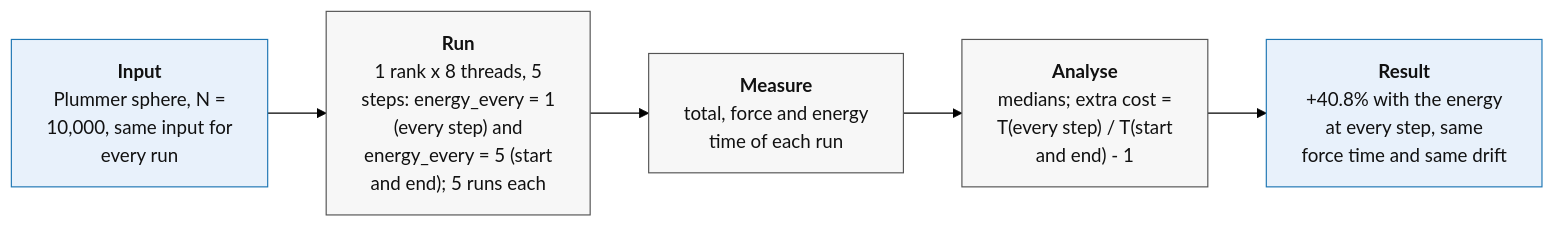
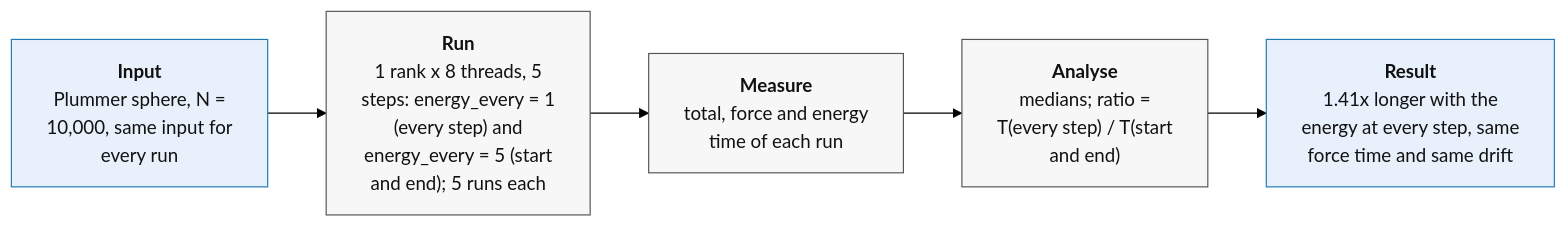
The second of 16 diagrams in Nbody_serial/FINAL_REPORT.md (emmadariol/HPC_exam), drawn with Mermaid (forest theme) before and after one commit. The commit also changed other lines of this file, not shown here.

````diff
--- a/Nbody_serial/FINAL_REPORT.md
+++ b/Nbody_serial/FINAL_REPORT.md
@@ -223,13 +223,13 @@
 ```mermaid
 flowchart LR
   A["<b>Input</b><br/>Plummer sphere, N =<br/>10,000, same input for<br/>every run"]
   B["<b>Run</b><br/>1 rank x 8 threads, 5<br/>steps: energy_every = 1<br/>(every step) and<br/>energy_every = 5 (start<br/>and end); 5 runs each"]
   C["<b>Measure</b><br/>total, force and energy<br/>time of each run"]
-  D["<b>Analyse</b><br/>medians; extra cost =<br/>T(every step) / T(start<br/>and end) - 1"]
-  E["<b>Result</b><br/>+40.8% with the energy<br/>at every step, same<br/>force time and same drift"]
+  D["<b>Analyse</b><br/>medians; ratio =<br/>T(every step) / T(start<br/>and end)"]
+  E["<b>Result</b><br/>1.41x longer with the<br/>energy at every step, same<br/>force time and same drift"]
   A --> B --> C --> D --> E
   classDef io fill:#e8f1fb,stroke:#1f77b4,color:#111;
   classDef step fill:#f7f7f7,stroke:#555,color:#111;
   class A,E io;
   class B,C,D step;
 ```
````
